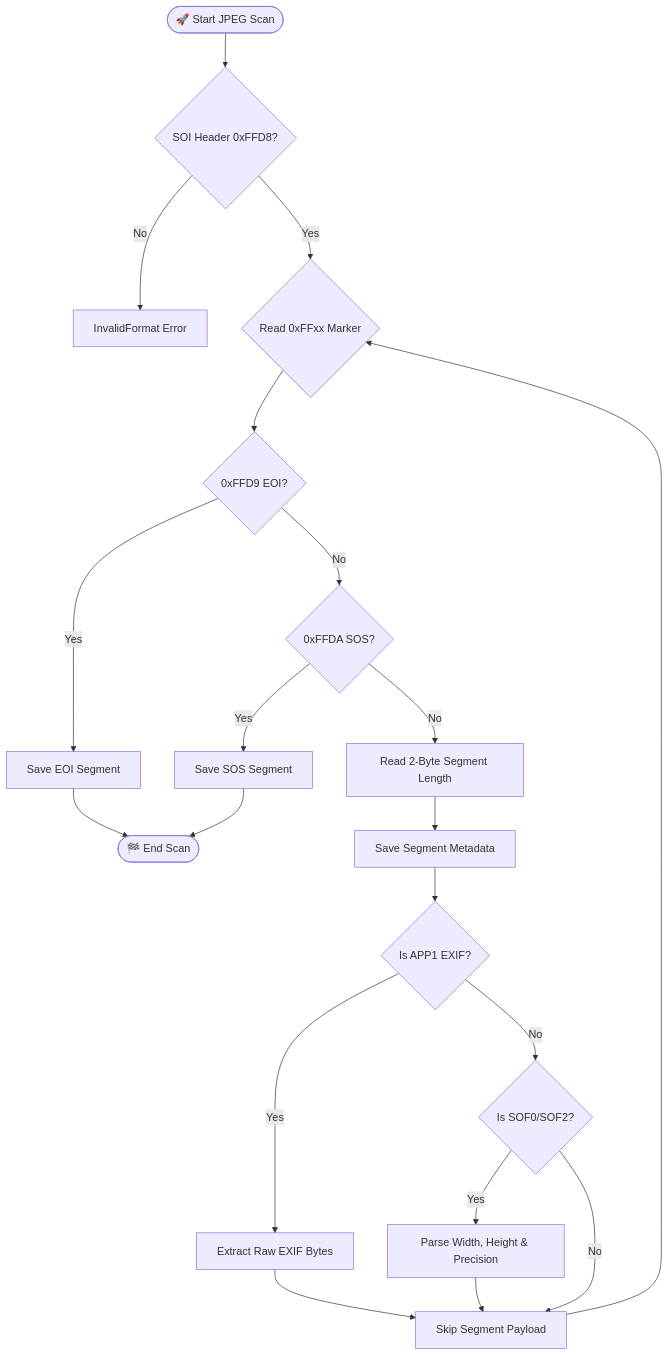
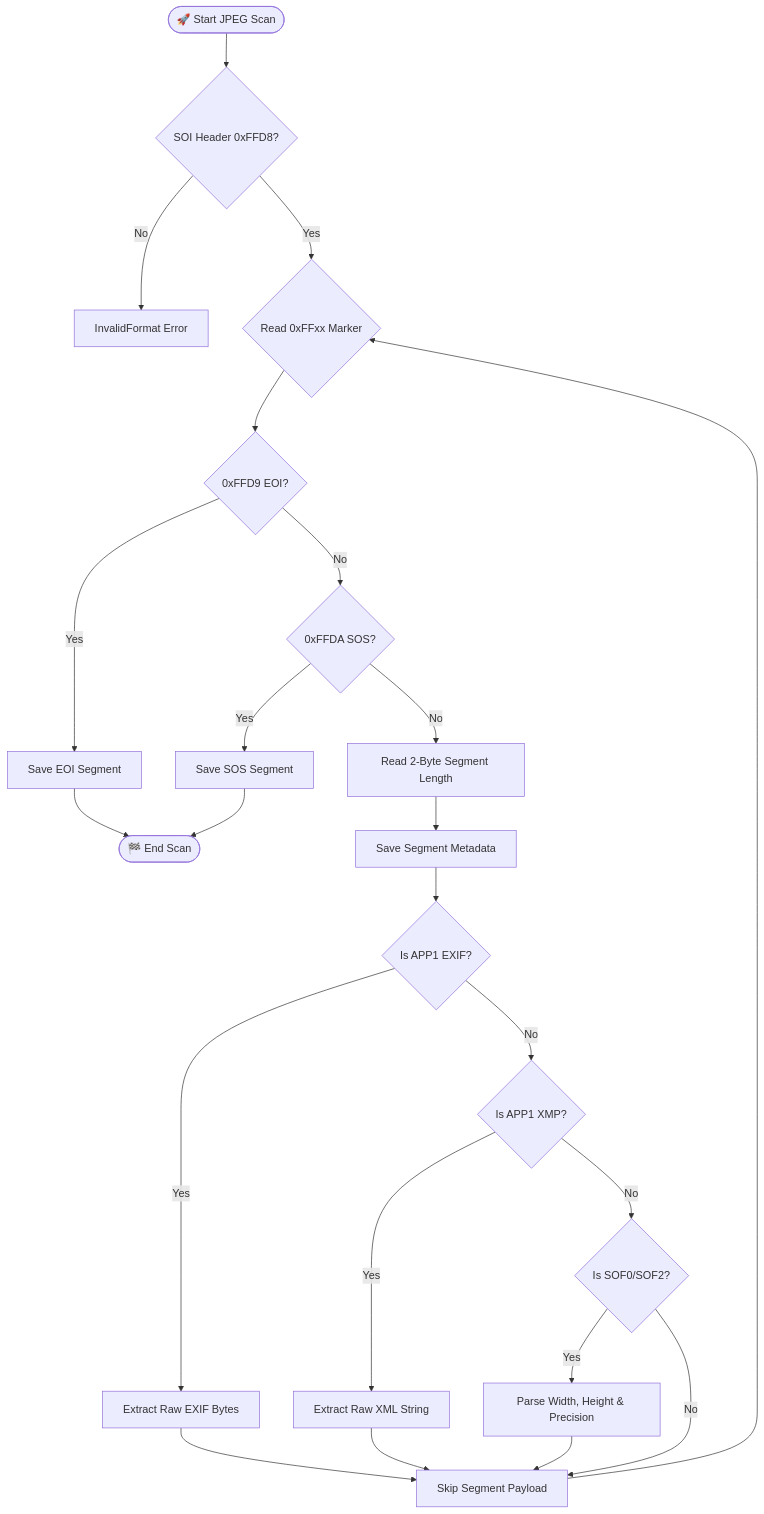
One commit to xuoxod/jpeg_meta_rs changed the second of 3 diagrams in docs/ARCHITECTURE.md. Above: the diagram before and after it, drawn with Mermaid. The commit also changed other lines of this file and 2 other files, not shown here.

Commit message:
docs: document multi-file dictionary mappings and key filtering features in architecture and CLI manuals

````diff
--- a/docs/ARCHITECTURE.md
+++ b/docs/ARCHITECTURE.md
@@ -40,26 +57,30 @@
 ```mermaid
 flowchart TD
     Start([🚀 Start JPEG Scan]) --> CheckSOI{SOI Header 0xFFD8?}
     CheckSOI -- No --> Err[InvalidFormat Error]
     CheckSOI -- Yes --> FindMarker{Read 0xFFxx Marker}
     
     FindMarker --> EOI{0xFFD9 EOI?}
     EOI -- Yes --> SaveSegment[Save EOI Segment] --> End([🏁 End Scan])
     
     EOI -- No --> SOS{0xFFDA SOS?}
     SOS -- Yes --> SaveSOS[Save SOS Segment] --> End
     
     SOS -- No --> ReadLen[Read 2-Byte Segment Length]
     ReadLen --> SaveSeg[Save Segment Metadata]
     
     SaveSeg --> IsAPP1{Is APP1 EXIF?}
     IsAPP1 -- Yes --> ExtractExif[Extract Raw EXIF Bytes]
-    IsAPP1 -- No --> IsSOF{Is SOF0/SOF2?}
+    IsAPP1 -- No --> IsXMP{Is APP1 XMP?}
+    
+    IsXMP -- Yes --> ExtractXMP[Extract Raw XML String]
+    IsXMP -- No --> IsSOF{Is SOF0/SOF2?}
     
     IsSOF -- Yes --> ParseDim[Parse Width, Height & Precision]
     IsSOF -- No --> Skip[Skip Segment Payload]
     
     ExtractExif --> Skip
+    ExtractXMP --> Skip
     ParseDim --> Skip
     Skip --> FindMarker
 ```
````
